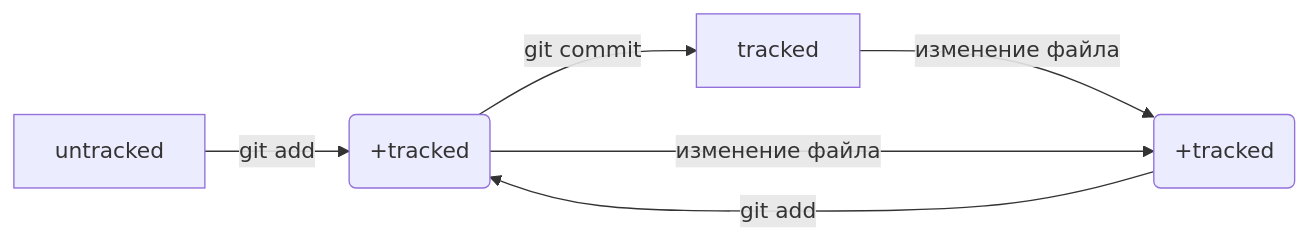
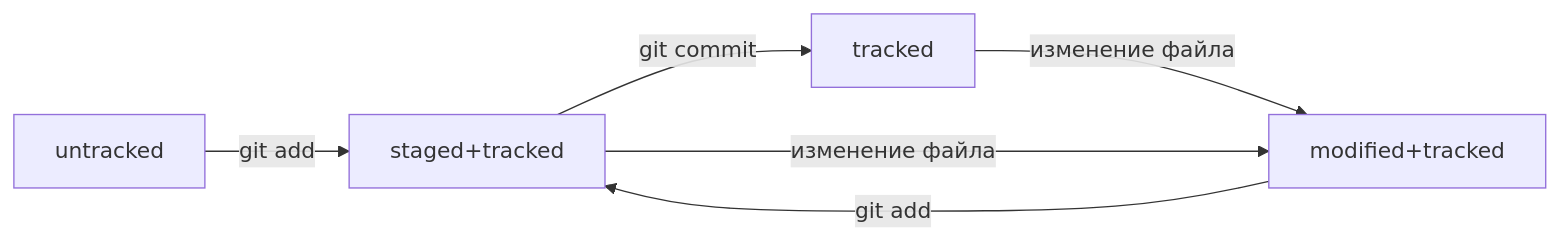
One commit to RegenbogenTod/Spargalka-GIT changed the diagram in README.md. Above: the diagram before and after it, drawn with Mermaid.

Commit message:
файл README.md: Исправление схемы в статусах файлов в GIT

````diff
--- a/README.md
+++ b/README.md
@@ -94,8 +94,8 @@
 ```mermaid
 graph LR
-untracked -- git add --> staged(+tracked);
-staged(+tracked) -- git commit --> tracked;
-tracked -- изменение файла --> modified(+tracked);
-modified(+tracked) -- git add --> staged(+tracked);
-staged(+tracked) -- изменение файла --> modified(+tracked)
+untracked -- git add --> staged+tracked;
+staged+tracked -- git commit --> tracked;
+tracked -- изменение файла --> modified+tracked;
+modified+tracked -- git add --> staged+tracked;
+staged+tracked -- изменение файла --> modified+tracked
 ```
````
